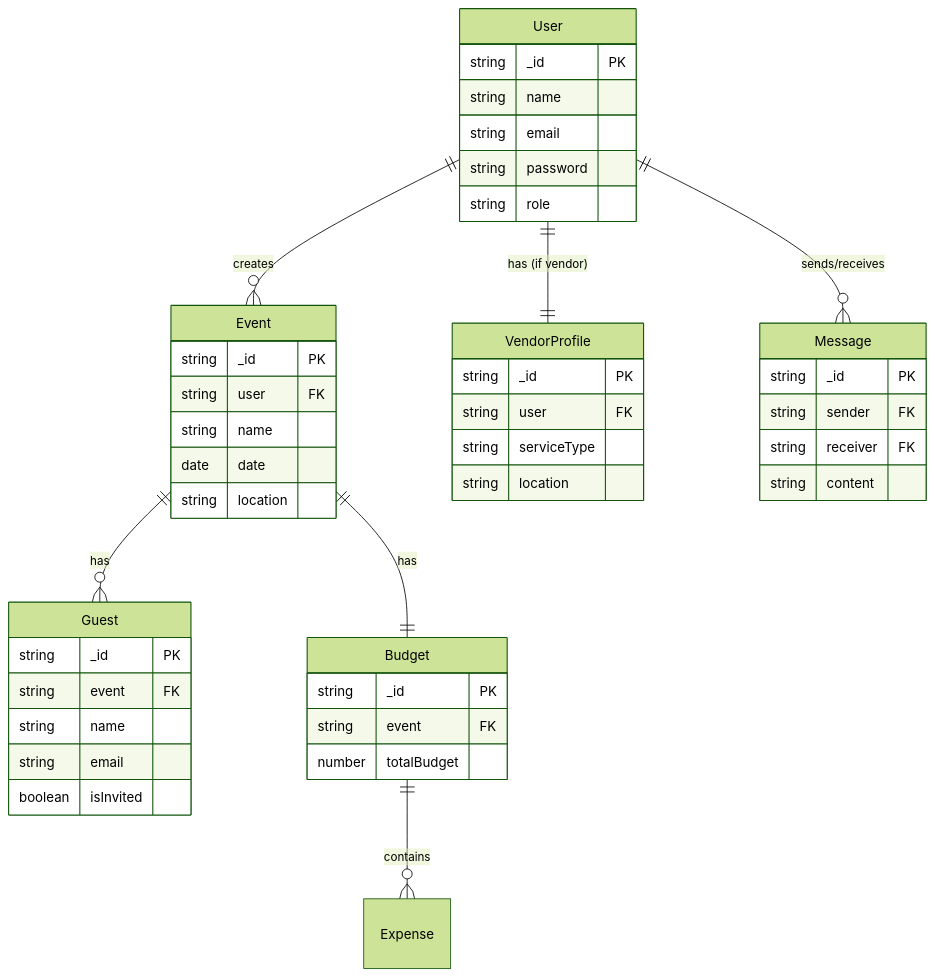
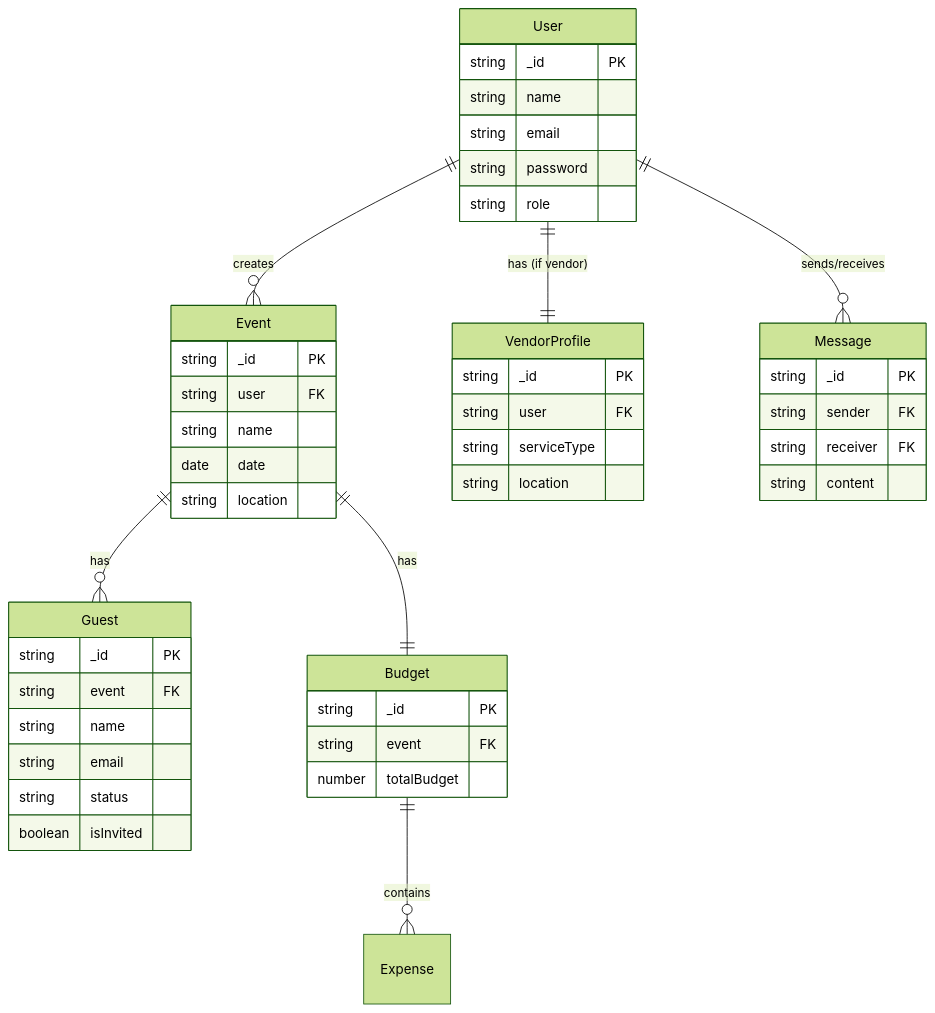
One commit to nidhitrikani0102/triple-cassini changed the third of 9 diagrams in project_documentation.md. Above: the diagram before and after it, drawn with Mermaid (forest theme). The commit also changed other lines of this file and 8 other files, not shown here.

````diff
--- a/project_documentation.md
+++ b/project_documentation.md
@@ -172,53 +181,54 @@
 ```mermaid
 erDiagram
     User ||--o{ Event : "creates"
     User ||--|| VendorProfile : "has (if vendor)"
     User ||--o{ Message : "sends/receives"
     Event ||--o{ Guest : "has"
     Event ||--|| Budget : "has"
     Budget ||--o{ Expense : "contains"
 
     User {
         string _id PK
         string name
         string email
         string password
         string role
     }
 
     Event {
         string _id PK
         string user FK
         string name
         date date
         string location
     }
 
     VendorProfile {
         string _id PK
         string user FK
         string serviceType
         string location
     }
 
     Guest {
         string _id PK
         string event FK
         string name
         string email
+        string status
         boolean isInvited
     }
 
     Budget {
         string _id PK
         string event FK
         number totalBudget
     }
 
     Message {
         string _id PK
         string sender FK
         string receiver FK
         string content
     }
 ```
````
